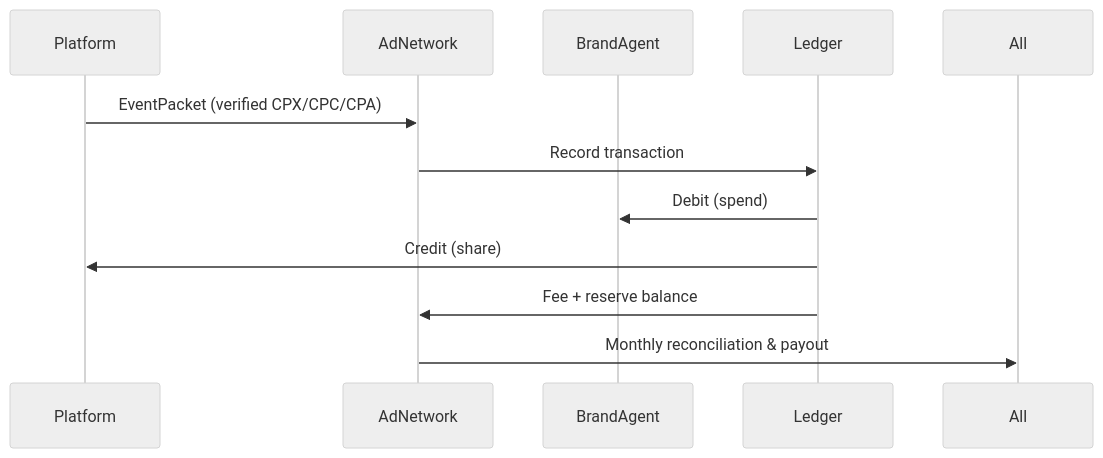
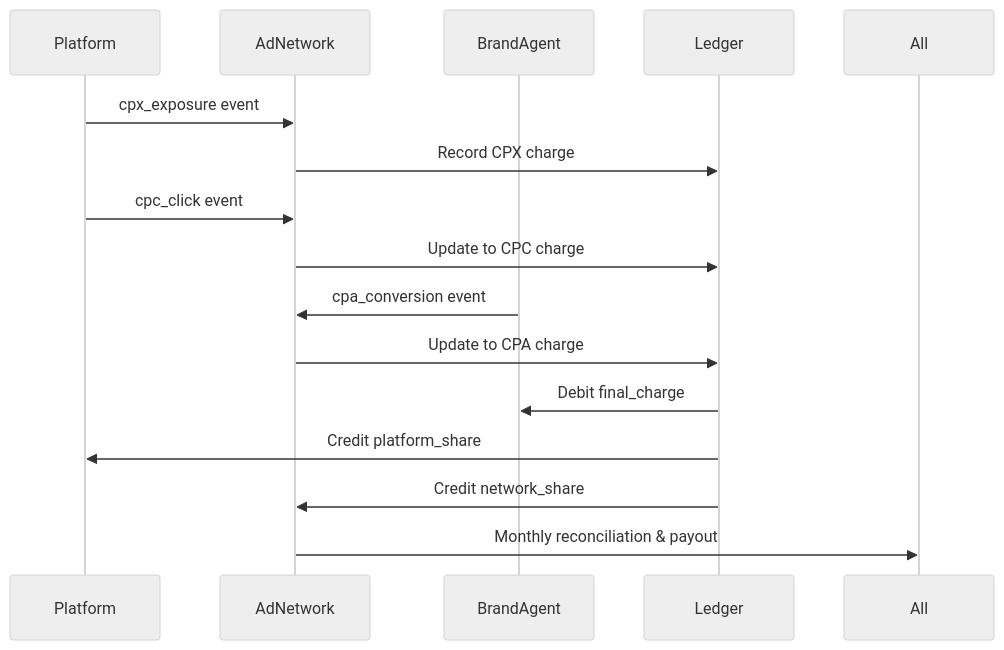
One commit to GouniManikumar12/mintlify-docs changed the diagram in wallets-and-payouts.mdx. Above: the diagram before and after it, drawn with Mermaid (neutral theme). The commit also changed other lines of this file and 12 other files, not shown here.

First line of the commit message:
Revise protocol docs for clarity and schema updates

````diff
--- a/wallets-and-payouts.mdx
+++ b/wallets-and-payouts.mdx
@@ -42,14 +42,18 @@
 ```mermaid
 sequenceDiagram
   participant Platform
   participant AdNetwork
   participant BrandAgent
   participant Ledger
 
-  Platform->>AdNetwork: EventPacket (verified CPX/CPC/CPA)
-  AdNetwork->>Ledger: Record transaction
-  Ledger->>BrandAgent: Debit (spend)
-  Ledger->>Platform: Credit (share)
-  Ledger->>AdNetwork: Fee + reserve balance
+  Platform->>AdNetwork: cpx_exposure event
+  AdNetwork->>Ledger: Record CPX charge
+  Platform->>AdNetwork: cpc_click event
+  AdNetwork->>Ledger: Update to CPC charge
+  BrandAgent->>AdNetwork: cpa_conversion event
+  AdNetwork->>Ledger: Update to CPA charge
+  Ledger->>BrandAgent: Debit final_charge
+  Ledger->>Platform: Credit platform_share
+  Ledger->>AdNetwork: Credit network_share
   AdNetwork->>All: Monthly reconciliation & payout
 ```
````
